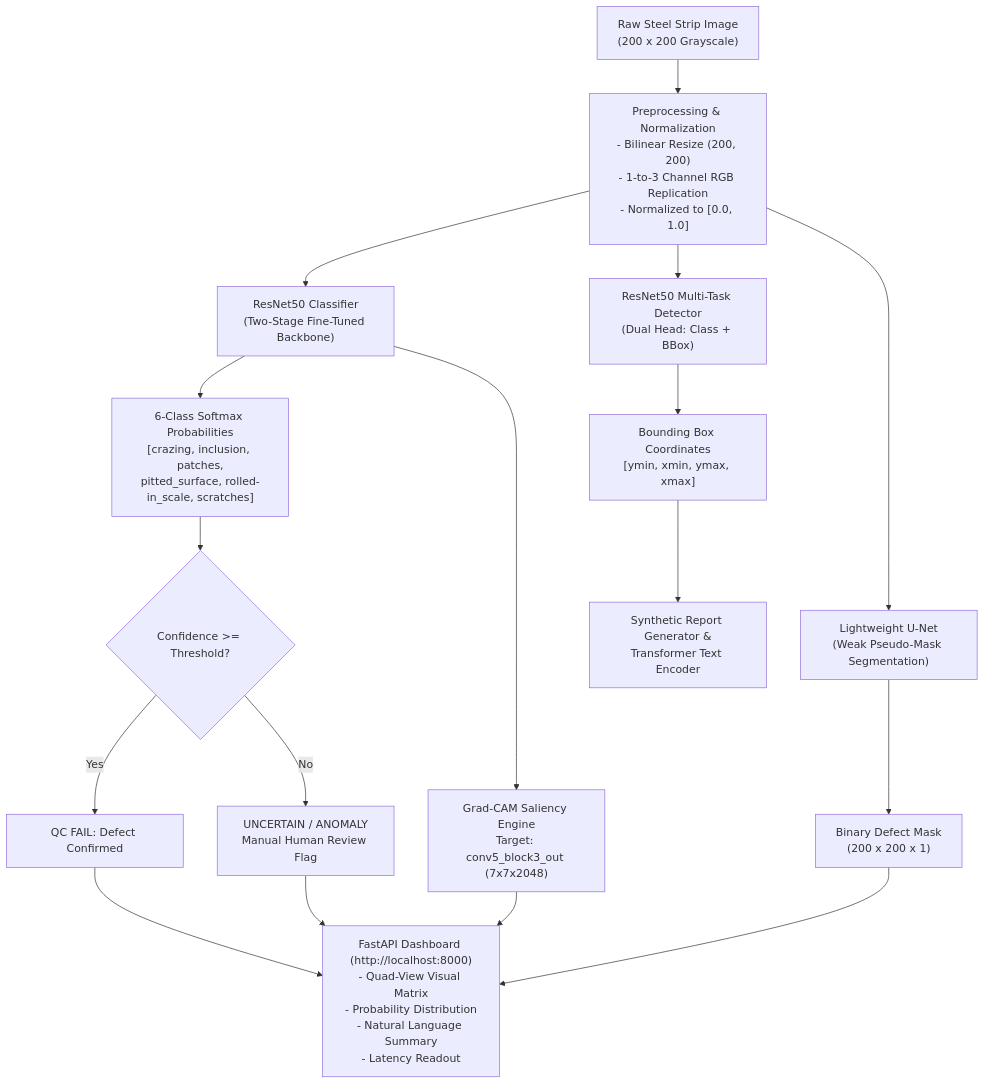
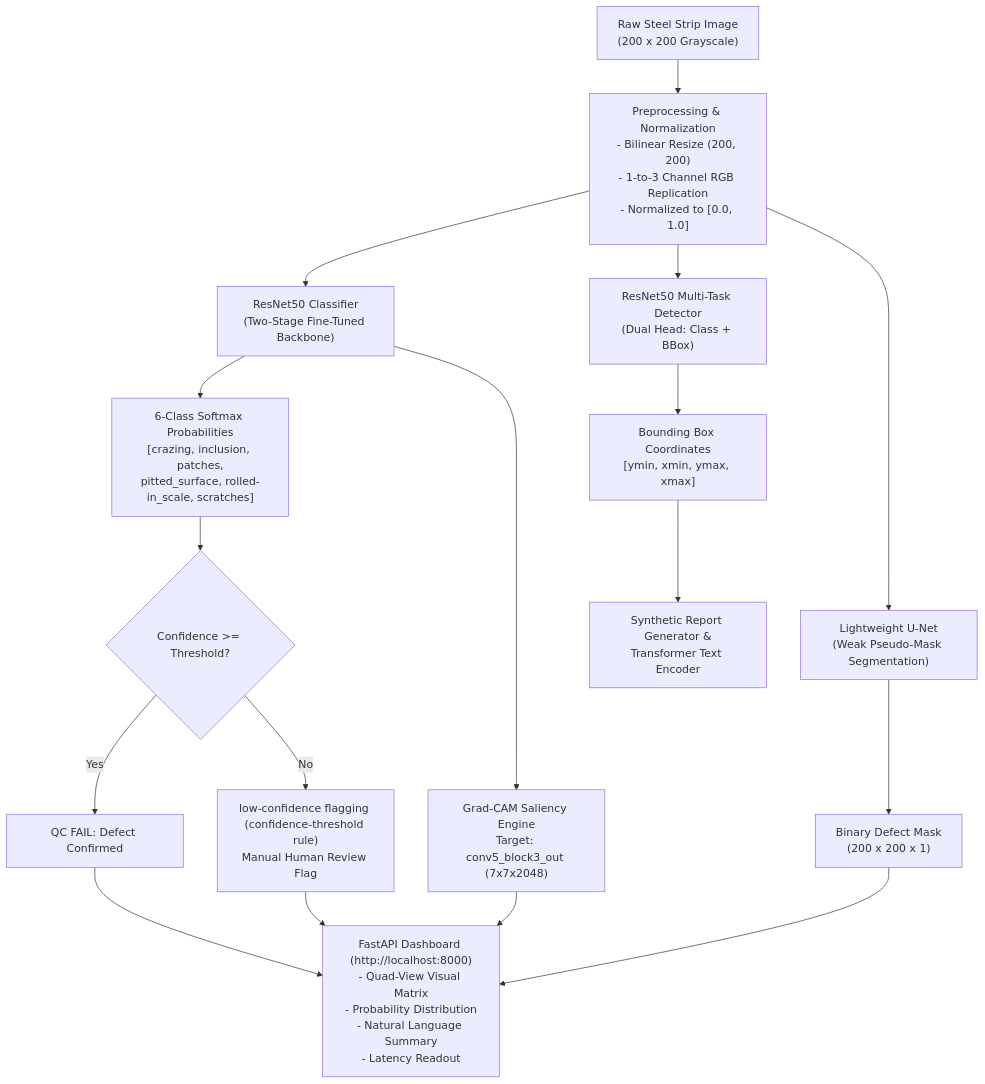
The first of 2 diagrams in docs/ARCHITECTURE.md (varista-07/Industrial-Surface-Defect-Inspection-Platform), drawn with Mermaid before and after one commit. The commit also changed 4 other files, not shown here.

Commit message:
docs: standardize low-confidence warning terminology in UI and documentation

````diff
--- a/docs/ARCHITECTURE.md
+++ b/docs/ARCHITECTURE.md
@@ -5,24 +5,24 @@
 ```mermaid
 flowchart TD
     RawImage["Raw Steel Strip Image<br/>(200 x 200 Grayscale)"] --> Preproc["Preprocessing & Normalization<br/>- Bilinear Resize (200, 200)<br/>- 1-to-3 Channel RGB Replication<br/>- Normalized to [0.0, 1.0]"]
     
     Preproc --> Classifier["ResNet50 Classifier<br/>(Two-Stage Fine-Tuned Backbone)"]
     Preproc --> Detector["ResNet50 Multi-Task Detector<br/>(Dual Head: Class + BBox)"]
     Preproc --> UNet["Lightweight U-Net<br/>(Weak Pseudo-Mask Segmentation)"]
     
     Classifier --> ProbDist["6-Class Softmax Probabilities<br/>[crazing, inclusion, patches,<br/>pitted_surface, rolled-in_scale, scratches]"]
     Classifier --> GradCAM["Grad-CAM Saliency Engine<br/>Target: conv5_block3_out (7x7x2048)"]
     Detector --> BBoxOut["Bounding Box Coordinates<br/>[ymin, xmin, ymax, xmax]"]
     UNet --> MaskOut["Binary Defect Mask<br/>(200 x 200 x 1)"]
     
     ProbDist --> TriageEngine{"Confidence >= Threshold?"}
     TriageEngine -->|Yes| VerdictFail["QC FAIL: Defect Confirmed"]
-    TriageEngine -->|No| VerdictReview["UNCERTAIN / ANOMALY<br/>Manual Human Review Flag"]
+    TriageEngine -->|No| VerdictReview["low-confidence flagging (confidence-threshold rule)<br/>Manual Human Review Flag"]
     
     BBoxOut --> ReportGen["Synthetic Report Generator &<br/>Transformer Text Encoder"]
     
     VerdictFail --> WebUI["FastAPI Dashboard (http://localhost:8000)<br/>- Quad-View Visual Matrix<br/>- Probability Distribution<br/>- Natural Language Summary<br/>- Latency Readout"]
     VerdictReview --> WebUI
     GradCAM --> WebUI
     MaskOut --> WebUI
 ```
````
